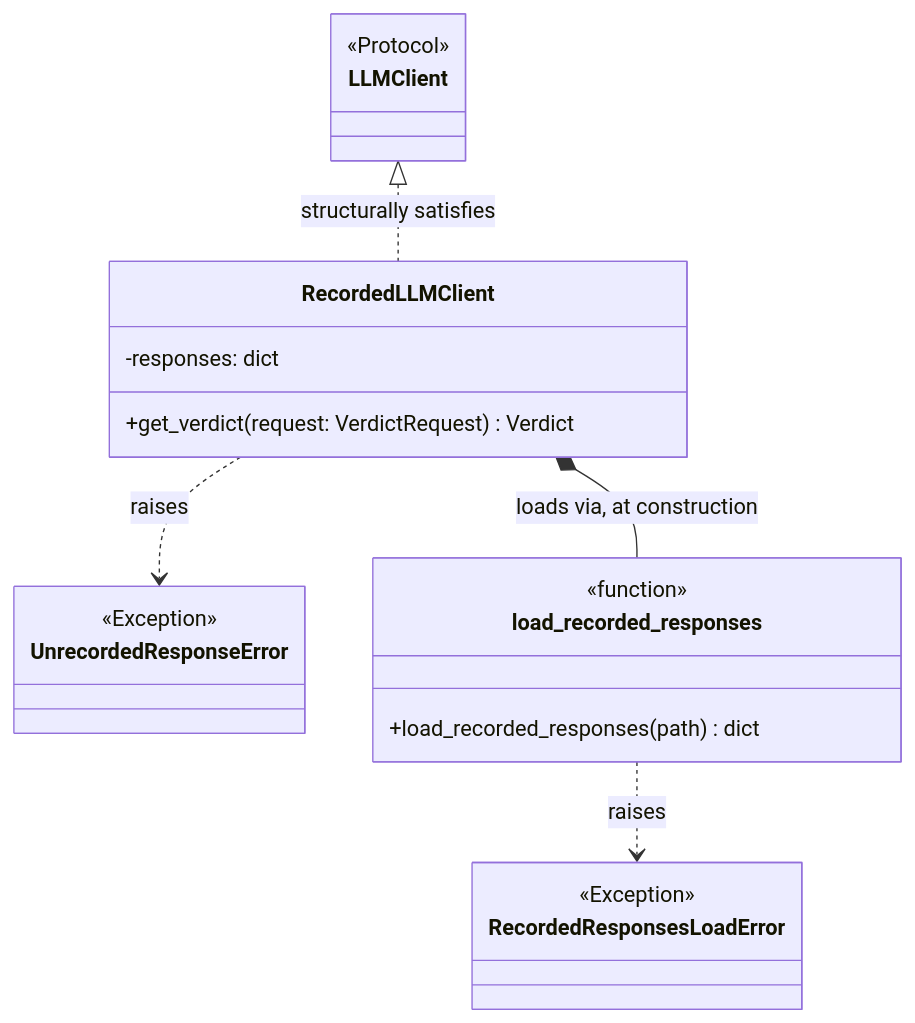
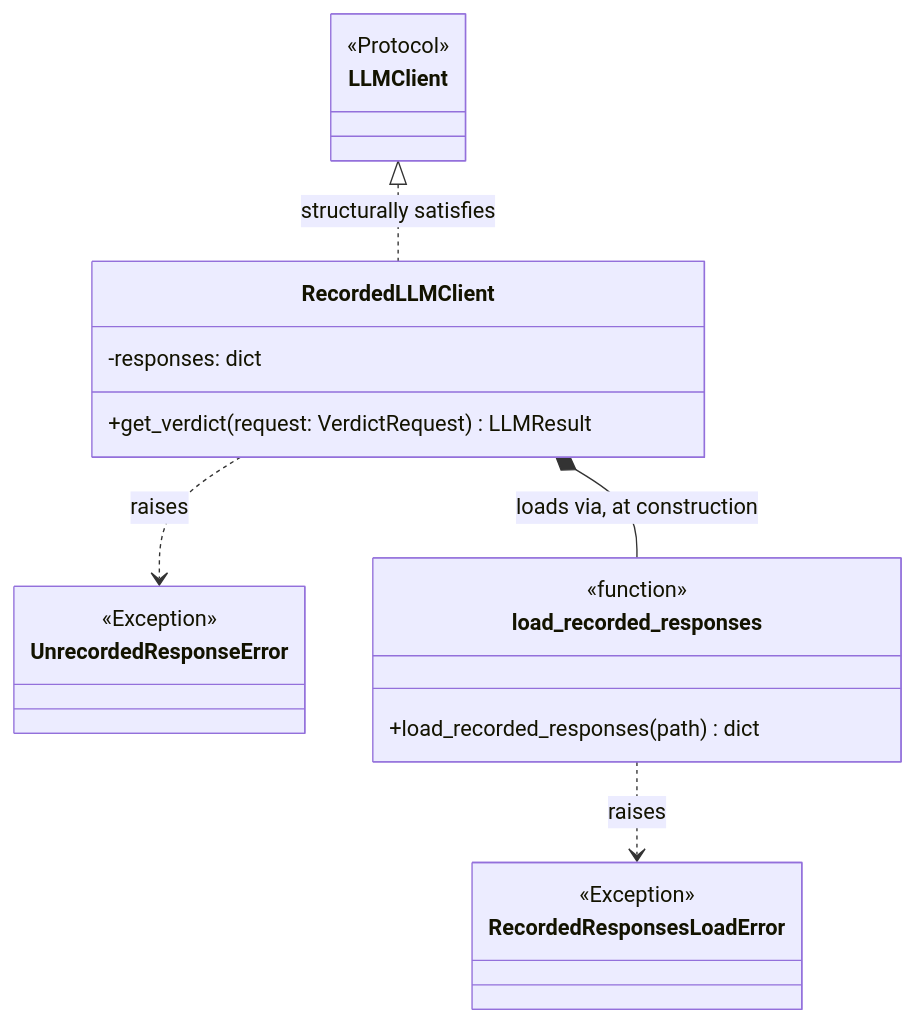
One commit to Stainless5166/friendly-octo-spork changed diagram 21 of 38 in docs/DESIGN.md. Above: the diagram before and after it, drawn with Mermaid. The commit also changed other lines of this file and 1 other file, not shown here.

````diff
--- a/docs/DESIGN.md
+++ b/docs/DESIGN.md
@@ -1236,19 +1314,19 @@
 ```mermaid
 classDiagram
     class LLMClient { <<Protocol>> }
     class RecordedResponsesLoadError { <<Exception>> }
     class UnrecordedResponseError { <<Exception>> }
     class load_recorded_responses {
         <<function>>
         +load_recorded_responses(path) dict
     }
     class RecordedLLMClient {
         -responses: dict
-        +get_verdict(request: VerdictRequest) Verdict
+        +get_verdict(request: VerdictRequest) LLMResult
     }
 
     LLMClient <|.. RecordedLLMClient : structurally satisfies
     RecordedLLMClient *-- load_recorded_responses : loads via, at construction
     load_recorded_responses ..> RecordedResponsesLoadError : raises
     RecordedLLMClient ..> UnrecordedResponseError : raises
 ```
````
